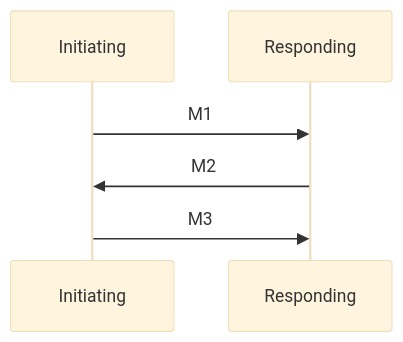
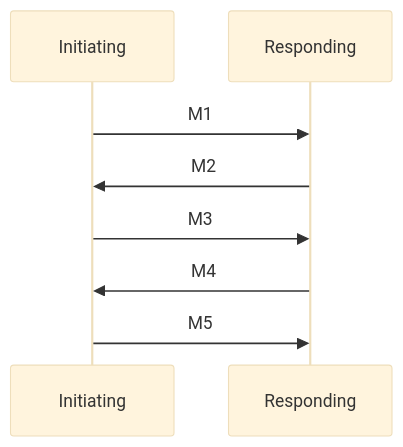
The diagram in packages/specs/source/diagrams/withdraw-exchange.mmd (counterfactual/monorepo), drawn with Mermaid (base theme) before and after one commit. The commit also changed 106 other files, not shown here.

```diff
--- a/packages/specs/source/diagrams/withdraw-exchange.mmd
+++ b/packages/specs/source/diagrams/withdraw-exchange.mmd
@@ -1,6 +1,15 @@
 sequenceDiagram
+
     participant Initiating
+
     participant Responding
+
     Initiating->>Responding: M1
+
     Responding->>Initiating: M2
+
     Initiating->>Responding: M3
+
+    Responding->>Initiating: M4
+
+    Initiating->>Responding: M5
```
